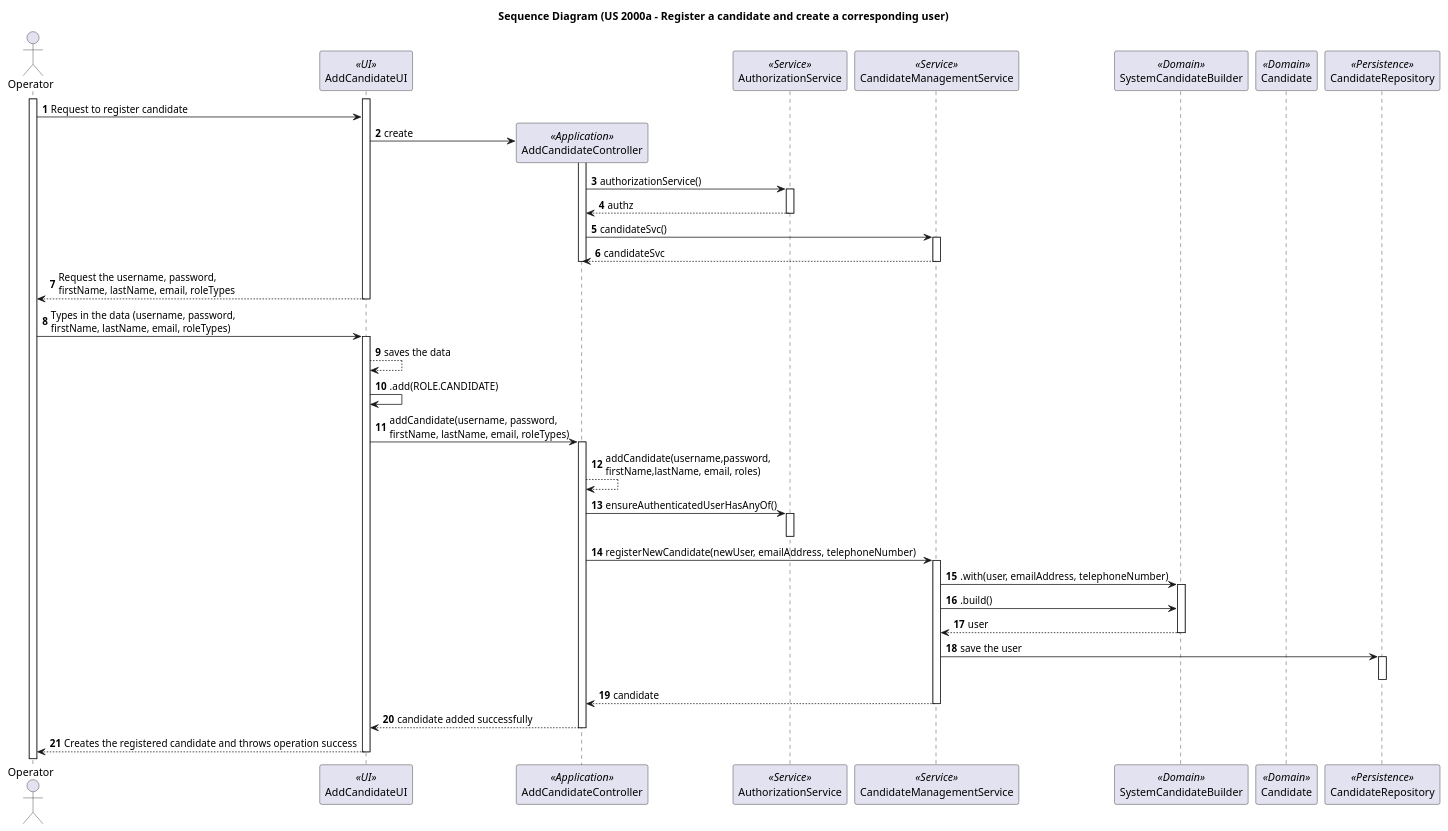
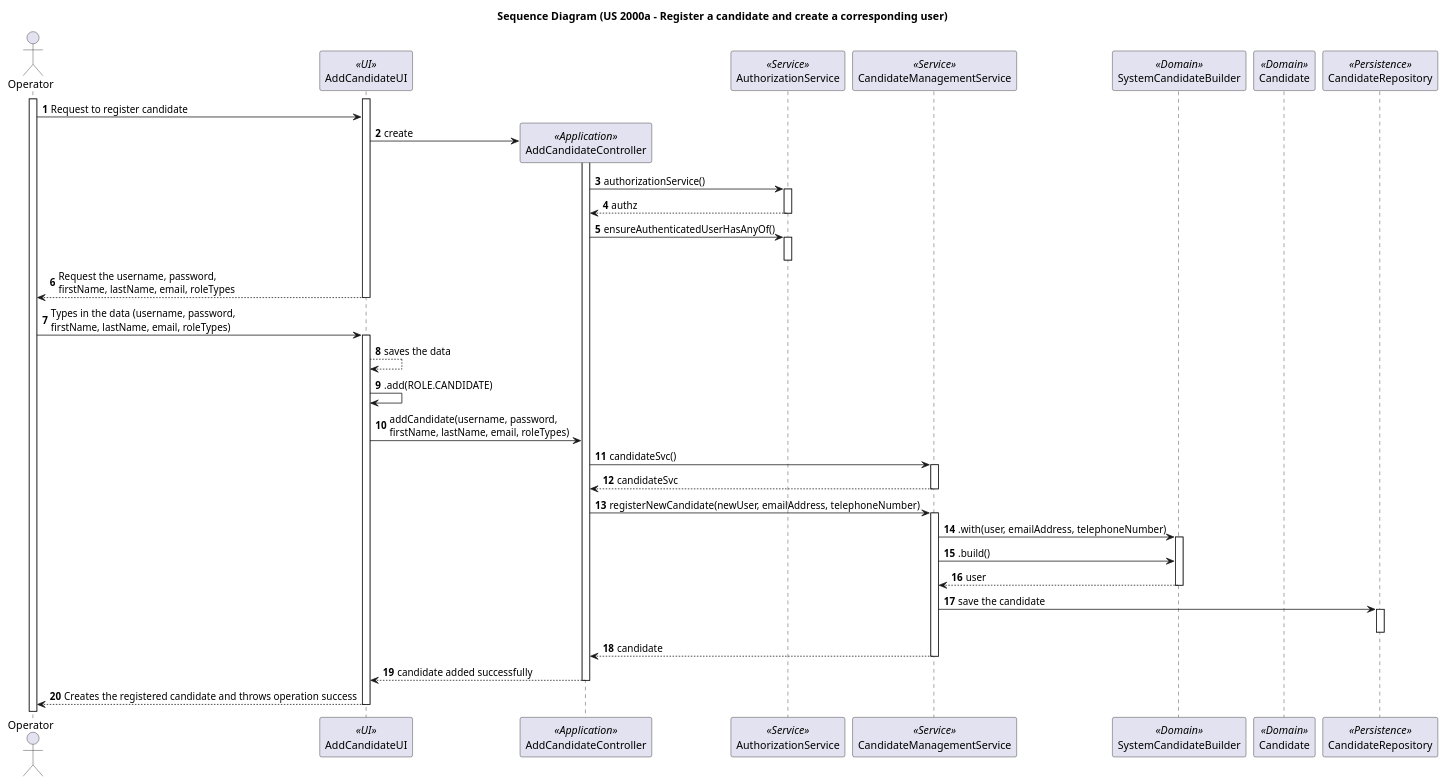
One commit to marcoferreira37/Lapr4 changed the diagram in docs/sprintB/2000a/puml/2000a-sequence-diagram.puml. Above: the diagram before and after it, drawn with PlantUML. The commit also changed 2 other files, not shown here.

```diff
--- a/docs/sprintB/2000a/puml/2000a-sequence-diagram.puml
+++ b/docs/sprintB/2000a/puml/2000a-sequence-diagram.puml
@@ -1,59 +1,56 @@
 @startuml
 title Sequence Diagram (US 2000a - Register a candidate and create a corresponding user)
 
 autonumber
 actor Operator as Operator
 participant AddCandidateUI as UI <<UI>>
 participant AddCandidateController as CTRL <<Application>>
 participant AuthorizationService as AS <<Service>>
 participant CandidateManagementService as UMS <<Service>>
 participant SystemCandidateBuilder as SUB <<Domain>>
 participant Candidate as C <<Domain>>
 participant CandidateRepository as CRepo <<Persistence>>
 
 
 activate Operator
 activate UI
 Operator -> UI: Request to register candidate
 
 UI -> CTRL**:create
 activate CTRL
 CTRL -> AS : authorizationService()
 activate AS
 AS --> CTRL: authz
 deactivate AS
-CTRL-> UMS : candidateSvc()
-activate UMS
-UMS-->CTRL: candidateSvc
-deactivate UMS
-deactivate CTRL
+CTRL->AS : ensureAuthenticatedUserHasAnyOf()
+activate AS
+deactivate AS
 UI --> Operator: Request the username, password, \nfirstName, lastName, email, roleTypes
 deactivate UI
 Operator -> UI: Types in the data (username, password, \nfirstName, lastName, email, roleTypes)
 activate UI
 UI-->UI : saves the data
 UI-> UI : .add(ROLE.CANDIDATE)
 UI-> CTRL: addCandidate(username, password, \nfirstName, lastName, email, roleTypes)
-activate CTRL
-CTRL-->CTRL: addCandidate(username,password, \nfirstName,lastName, email, roles)
-CTRL->AS : ensureAuthenticatedUserHasAnyOf()
-activate AS
-deactivate AS
+CTRL-> UMS : candidateSvc()
+activate UMS
+UMS-->CTRL: candidateSvc
+deactivate UMS
 CTRL-> UMS : registerNewCandidate(newUser, emailAddress, telephoneNumber)
 activate UMS
 UMS->SUB: .with(user, emailAddress, telephoneNumber)
 activate SUB
 UMS-> SUB: .build()
 SUB--> UMS: user
 deactivate SUB
-UMS->CRepo: save the user
+UMS->CRepo: save the candidate
 activate CRepo
 deactivate CRepo
 UMS-->CTRL: candidate
 deactivate UMS
 CTRL-->UI : candidate added successfully
 deactivate CTRL
 UI --> Operator: Creates the registered candidate and throws operation success
 deactivate UI
 
 @enduml
```
